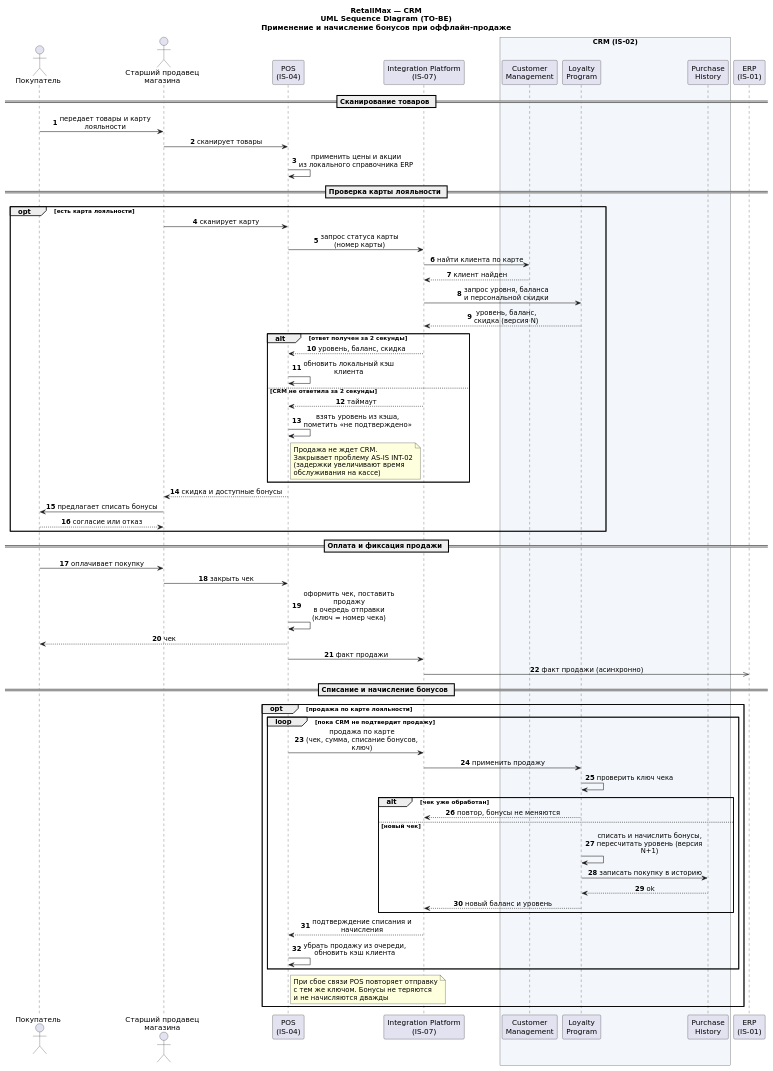
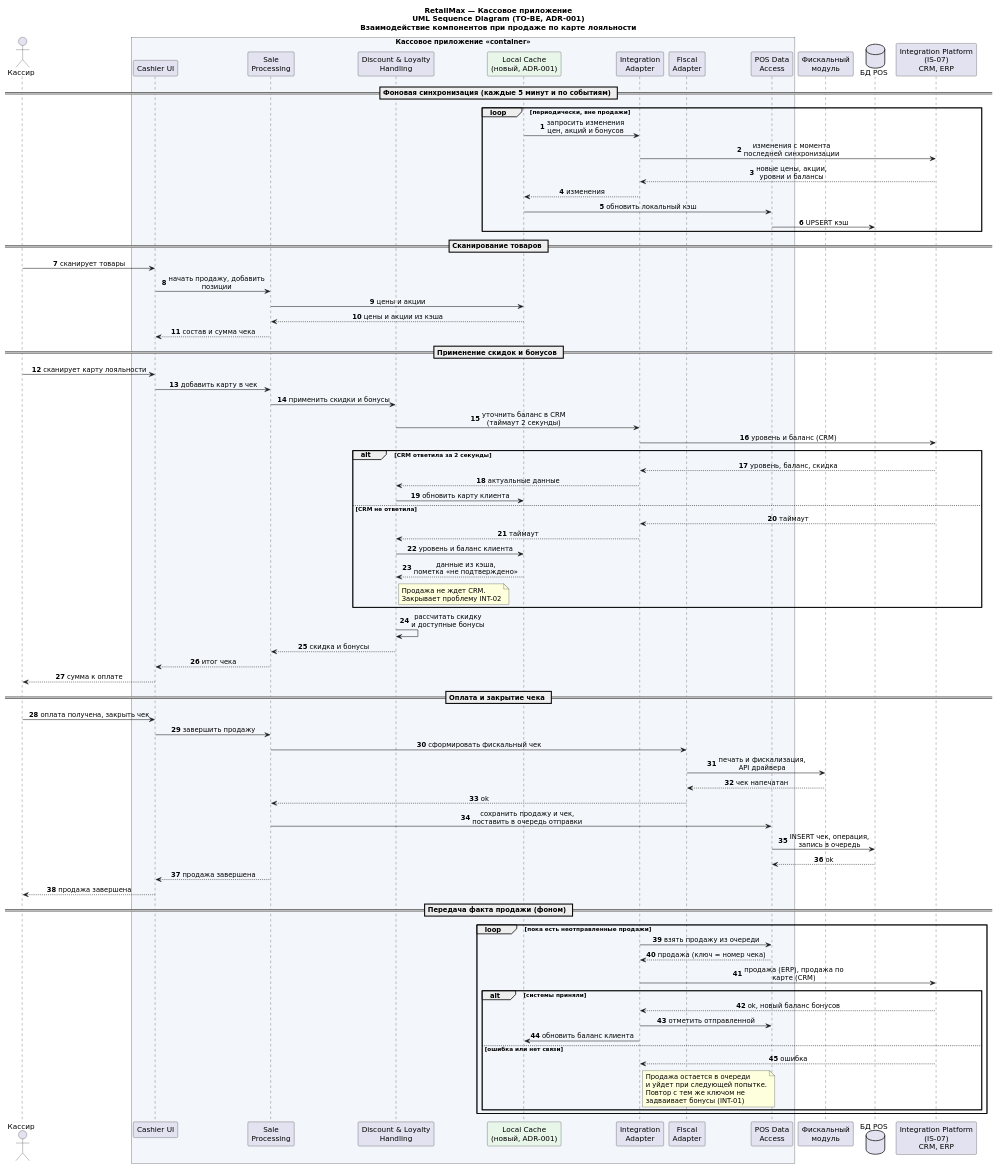
Before and after one commit to rsingatulin/hse_architecture: the diagram in 01_sales_domain/06_Architecture_Models/UML/sales_sequence_UML_TO_BE.puml, drawn with PlantUML. The commit also changed 3 other files, not shown here.

Commit message:
Sequence UML переделана

```diff
--- a/01_sales_domain/06_Architecture_Models/UML/sales_sequence_UML_TO_BE.puml
+++ b/01_sales_domain/06_Architecture_Models/UML/sales_sequence_UML_TO_BE.puml
@@ -1,117 +1,139 @@
 @startuml sales_sequence_UML_TO_BE
 
 skinparam shadowing false
 skinparam defaultFontName DejaVu Sans
 skinparam sequenceMessageAlign center
 skinparam responseMessageBelowArrow true
-skinparam maxMessageSize 230
+skinparam maxMessageSize 220
 autonumber
 
-title RetailMax — CRM\nUML Sequence Diagram (TO-BE)\nПрименение и начисление бонусов при оффлайн-продаже
+title
+RetailMax — Кассовое приложение
+UML Sequence Diagram (TO-BE, ADR-001)
+Взаимодействие компонентов при продаже по карте лояльности
+end title
 
 ' ==========================================
-' Участники (по C4 Context и UML Component)
+' Участники (по C4 Container, UML Component и ADR-001)
 ' ==========================================
 
-actor "Покупатель" as Customer
-actor "Старший продавец\nмагазина" as Seller
-participant "POS\n(IS-04)" as POS
-participant "Integration Platform\n(IS-07)" as IP
+actor "Кассир" as Cashier
 
-box "CRM (IS-02)" #F3F6FA
-  participant "Customer\nManagement" as CM
-  participant "Loyalty\nProgram" as LP
-  participant "Purchase\nHistory" as PH
+box "Кассовое приложение <<container>>" #F3F6FA
+  participant "Cashier UI" as UI
+  participant "Sale\nProcessing" as Sale
+  participant "Discount & Loyalty\nHandling" as Loyalty
+  participant "Local Cache\n(новый, ADR-001)" as Cache #E8F5E9
+  participant "Integration\nAdapter" as Integration
+  participant "Fiscal\nAdapter" as FiscalAdapter
+  participant "POS Data\nAccess" as DataAccess
 end box
 
-participant "ERP\n(IS-01)" as ERP
+participant "Фискальный\nмодуль" as Fiscal
+database "БД POS" as POS_DB
+participant "Integration Platform\n(IS-07)\nCRM, ERP" as IP
+
+' ==========================================
+' 0. Периодическая подгрузка данных
+' ==========================================
+
+== Фоновая синхронизация (каждые 5 минут и по событиям) ==
+
+loop периодически, вне продажи
+  Cache -> Integration : запросить изменения\nцен, акций и бонусов
+  Integration -> IP : изменения с момента\nпоследней синхронизации
+  IP --> Integration : новые цены, акции,\nуровни и балансы
+  Integration --> Cache : изменения
+  Cache -> DataAccess : обновить локальный кэш
+  DataAccess -> POS_DB : UPSERT кэш
+end
 
 ' ==========================================
 ' 1. Сканирование товаров
 ' ==========================================
 
 == Сканирование товаров ==
 
-Customer -> Seller : передает товары и карту лояльности
-Seller -> POS : сканирует товары
-POS -> POS : применить цены и акции\nиз локального справочника ERP
+Cashier -> UI : сканирует товары
+UI -> Sale : начать продажу, добавить позиции
+Sale -> Cache : цены и акции
+Cache --> Sale : цены и акции из кэша
+Sale --> UI : состав и сумма чека
 
 ' ==========================================
-' 2. Проверка карты лояльности
+' 2. Карта лояльности
 ' ==========================================
 
-== Проверка карты лояльности ==
+== Применение скидок и бонусов ==
 
-opt есть карта лояльности
-  Seller -> POS : сканирует карту
-  POS -> IP : запрос статуса карты\n(номер карты)
-  IP -> CM : найти клиента по карте
-  CM --> IP : клиент найден
-  IP -> LP : запрос уровня, баланса\nи персональной скидки
-  LP --> IP : уровень, баланс,\nскидка (версия N)
+Cashier -> UI : сканирует карту лояльности
+UI -> Sale : добавить карту в чек
+Sale -> Loyalty : применить скидки и бонусы
+Loyalty -> Integration : уточнить баланс в CRM\n(таймаут 2 секунды)
+Integration -> IP : уровень и баланс (CRM)
 
-  alt ответ получен за 2 секунды
-    IP --> POS : уровень, баланс, скидка
-    POS -> POS : обновить локальный кэш клиента
-  else CRM не ответила за 2 секунды
-    IP --> POS : таймаут
-    POS -> POS : взять уровень из кэша,\nпометить «не подтверждено»
-    note right of POS
-      Продажа не ждет CRM.
-      Закрывает проблему AS-IS INT-02
-      (задержки увеличивают время
-      обслуживания на кассе)
-    end note
-  end
-
-  POS --> Seller : скидка и доступные бонусы
-  Seller -> Customer : предлагает списать бонусы
-  Customer --> Seller : согласие или отказ
-end
-
-' ==========================================
-' 3. Оплата и отправка факта продажи
-' ==========================================
-
-== Оплата и фиксация продажи ==
-
-Customer -> Seller : оплачивает покупку
-Seller -> POS : закрыть чек
-POS -> POS : оформить чек, поставить продажу\nв очередь отправки\n(ключ = номер чека)
-POS --> Customer : чек
-
-POS -> IP : факт продажи
-IP ->> ERP : факт продажи (асинхронно)
-
-' ==========================================
-' 4. Списание и начисление бонусов
-' ==========================================
-
-== Списание и начисление бонусов ==
-
-opt продажа по карте лояльности
-  loop пока CRM не подтвердит продажу
-    POS -> IP : продажа по карте\n(чек, сумма, списание бонусов, ключ)
-    IP -> LP : применить продажу
-    LP -> LP : проверить ключ чека
-
-    alt чек уже обработан
-      LP --> IP : повтор, бонусы не меняются
-    else новый чек
-      LP -> LP : списать и начислить бонусы,\nпересчитать уровень (версия N+1)
-      LP -> PH : записать покупку в историю
-      PH --> LP : ok
-      LP --> IP : новый баланс и уровень
-    end
-
-    IP --> POS : подтверждение списания и начисления
-    POS -> POS : убрать продажу из очереди,\nобновить кэш клиента
-  end
-  note right of POS
-    При сбое связи POS повторяет отправку
-    с тем же ключом. Бонусы не теряются
-    и не начисляются дважды
+alt CRM ответила за 2 секунды
+  IP --> Integration : уровень, баланс, скидка
+  Integration --> Loyalty : актуальные данные
+  Loyalty -> Cache : обновить карту клиента
+else CRM не ответила
+  IP --> Integration : таймаут
+  Integration --> Loyalty : таймаут
+  Loyalty -> Cache : уровень и баланс клиента
+  Cache --> Loyalty : данные из кэша,\nпометка «не подтверждено»
+  note right of Loyalty
+    Продажа не ждет CRM.
+    Закрывает проблему INT-02
   end note
 end
 
+Loyalty -> Loyalty : рассчитать скидку\nи доступные бонусы
+Loyalty --> Sale : скидка и бонусы
+Sale --> UI : итог чека
+UI --> Cashier : сумма к оплате
+
+' ==========================================
+' 3. Закрытие чека
+' ==========================================
+
+== Оплата и закрытие чека ==
+
+Cashier -> UI : оплата получена, закрыть чек
+UI -> Sale : завершить продажу
+Sale -> FiscalAdapter : сформировать фискальный чек
+FiscalAdapter -> Fiscal : печать и фискализация,\nAPI драйвера
+Fiscal --> FiscalAdapter : чек напечатан
+FiscalAdapter --> Sale : ok
+Sale -> DataAccess : сохранить продажу и чек,\nпоставить в очередь отправки
+DataAccess -> POS_DB : INSERT чек, операция,\nзапись в очередь
+POS_DB --> DataAccess : ok
+Sale --> UI : продажа завершена
+UI --> Cashier : продажа завершена
+
+' ==========================================
+' 4. Передача продажи
+' ==========================================
+
+== Передача факта продажи (фоном) ==
+
+loop пока есть неотправленные продажи
+  Integration -> DataAccess : взять продажу из очереди
+  DataAccess --> Integration : продажа (ключ = номер чека)
+  Integration -> IP : продажа (ERP), продажа по карте (CRM)
+
+  alt системы приняли
+    IP --> Integration : ok, новый баланс бонусов
+    Integration -> DataAccess : отметить отправленной
+    Integration -> Cache : обновить баланс клиента
+  else ошибка или нет связи
+    IP --> Integration : ошибка
+    note right of Integration
+      Продажа остается в очереди
+      и уйдет при следующей попытке.
+      Повтор с тем же ключом не
+      задваивает бонусы (INT-01)
+    end note
+  end
+end
+
 @enduml
```
